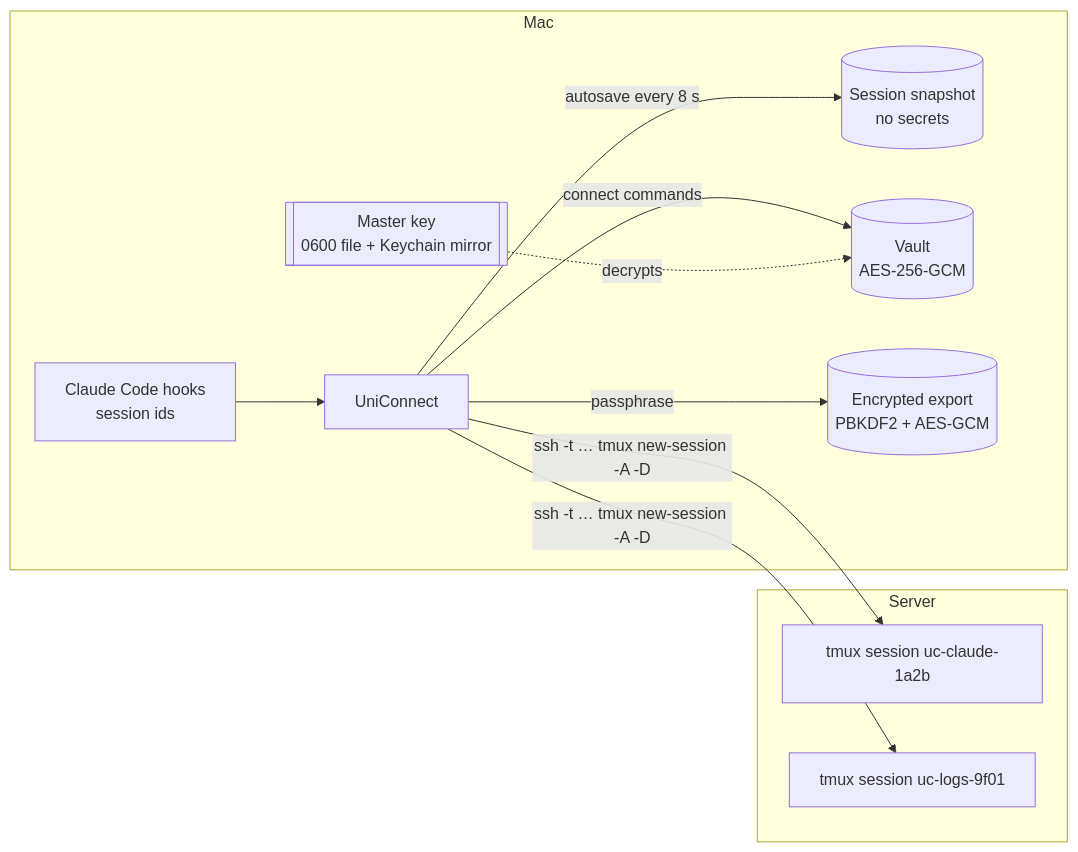
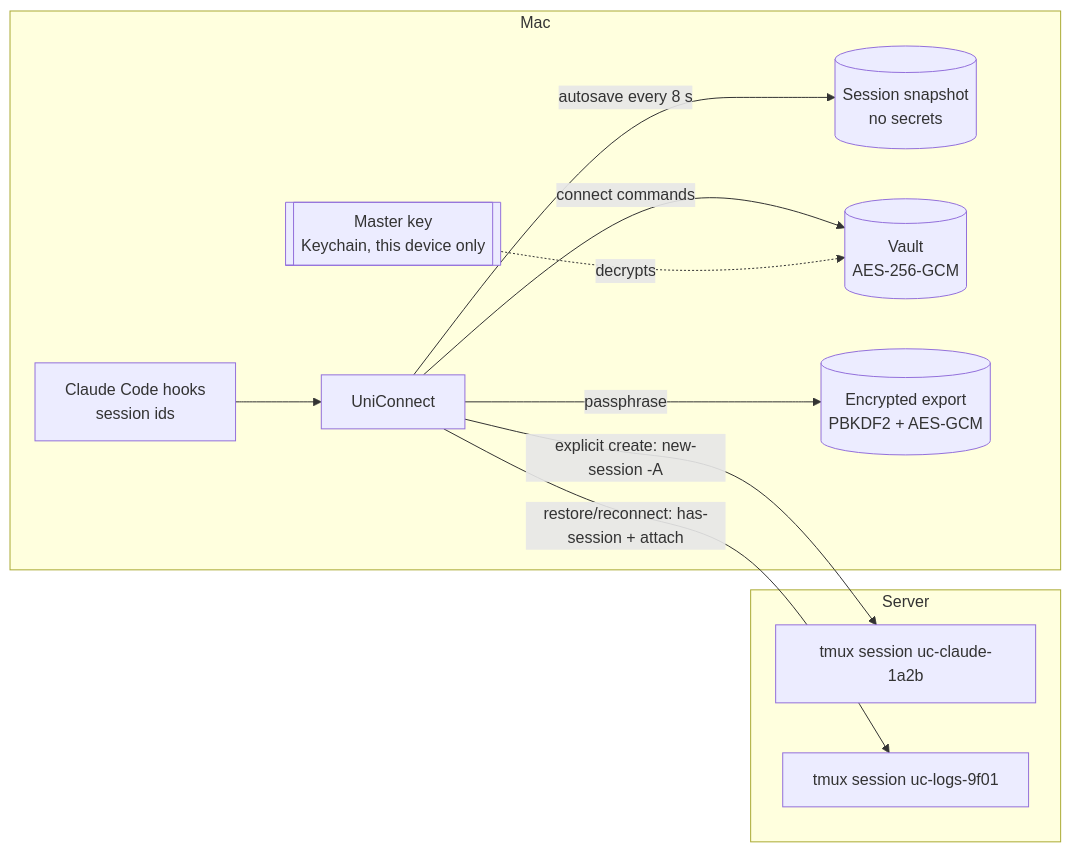
One commit to Unixcision/uniconnect changed the diagram in README.md. Above: the diagram before and after it, drawn with Mermaid. The commit also changed other lines of this file and 636 other files, not shown here.

````diff
--- a/README.md
+++ b/README.md
@@ -76,22 +79,22 @@
 ```mermaid
 flowchart LR
     subgraph mac[Mac]
         UC[UniConnect]
         SNAP[(Session snapshot<br/>no secrets)]
         VAULT[(Vault<br/>AES-256-GCM)]
-        KEY[[Master key<br/>0600 file + Keychain mirror]]
+        KEY[[Master key<br/>Keychain, this device only]]
         HOOKS[Claude Code hooks<br/>session ids]
         EXPORT[(Encrypted export<br/>PBKDF2 + AES-GCM)]
     end
     subgraph srv[Server]
         TMUX1[tmux session uc-claude-1a2b]
         TMUX2[tmux session uc-logs-9f01]
     end
     UC -- autosave every 8 s --> SNAP
     UC -- connect commands --> VAULT
     KEY -. decrypts .-> VAULT
     HOOKS --> UC
-    UC -- "ssh -t … tmux new-session -A -D" --> TMUX1
-    UC -- "ssh -t … tmux new-session -A -D" --> TMUX2
+    UC -- "explicit create: new-session -A" --> TMUX1
+    UC -- "restore/reconnect: has-session + attach" --> TMUX2
     UC -- passphrase --> EXPORT
 ```
````
